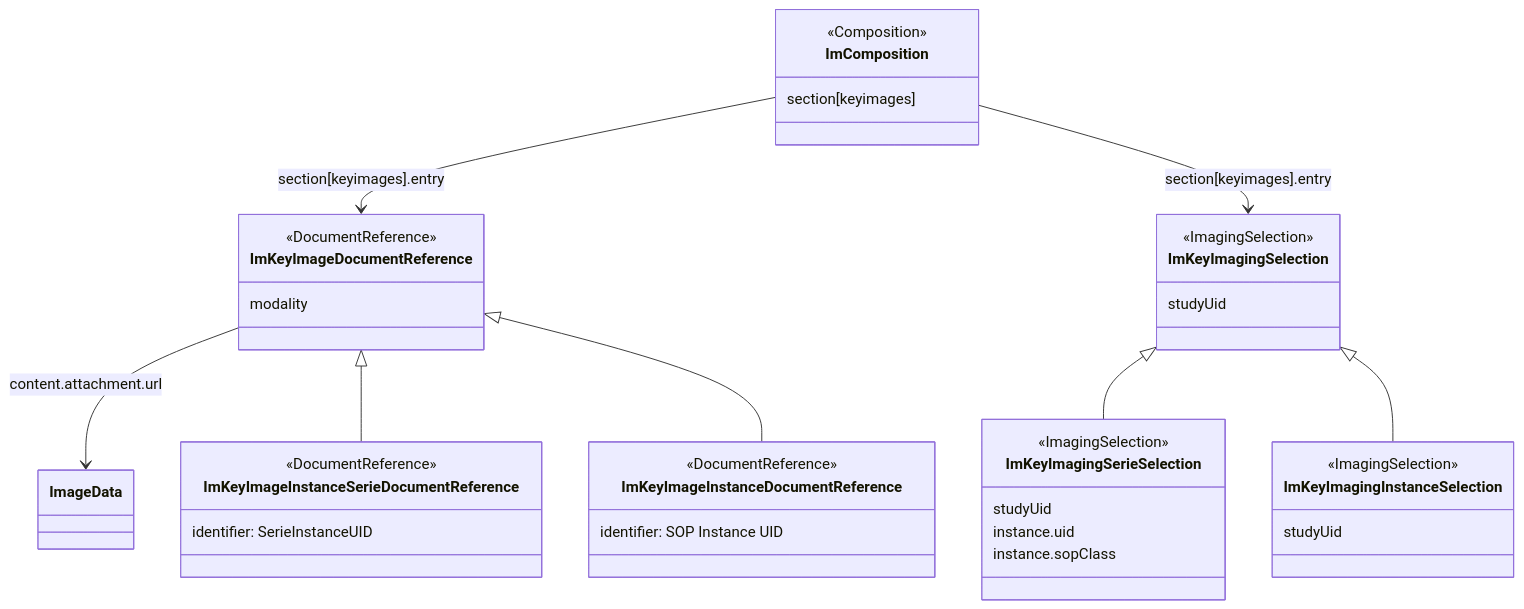
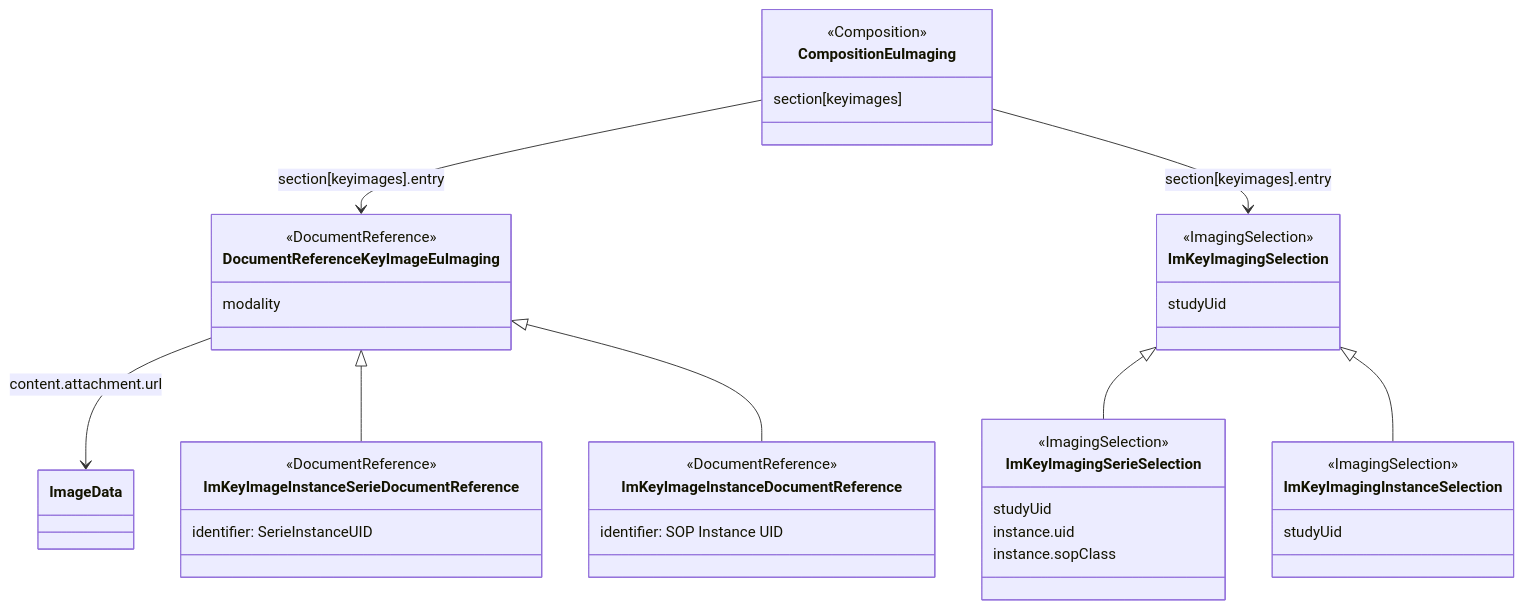
Before and after one commit to hl7-eu/imaging: the diagram in ig-src/input/pagecontent/design-consideration-keyimages.md, drawn with Mermaid. The commit also changed 142 other files, not shown here.

````diff
--- a/ig-src/input/pagecontent/design-consideration-keyimages.md
+++ b/ig-src/input/pagecontent/design-consideration-keyimages.md
@@ -30,43 +30,43 @@
 ```mermaid
 classDiagram
     direction TD
     class ImKeyImagingSelection{ 
         <<ImagingSelection>>
         studyUid
     }
     class ImKeyImagingInstanceSelection{ 
         <<ImagingSelection>>
         studyUid
     }
     class ImKeyImagingSerieSelection{ 
         <<ImagingSelection>>
         studyUid
         instance.uid
         instance.sopClass
     }
-    class ImKeyImageDocumentReference{ 
+    class DocumentReferenceKeyImageEuImaging{ 
         <<DocumentReference>> 
         modality
     }
     class ImKeyImageInstanceDocumentReference{ 
         <<DocumentReference>>
         identifier: SOP Instance UID
     }
     class ImKeyImageInstanceSerieDocumentReference{ 
         <<DocumentReference>>
         identifier: SerieInstanceUID
     }
-    class ImComposition{ 
+    class CompositionEuImaging{ 
         <<Composition>>
         section[keyimages]
     }
-    ImComposition --> ImKeyImageDocumentReference: section[keyimages].entry
-    ImComposition --> ImKeyImagingSelection: section[keyimages].entry
+    CompositionEuImaging --> DocumentReferenceKeyImageEuImaging: section[keyimages].entry
+    CompositionEuImaging --> ImKeyImagingSelection: section[keyimages].entry
 
-    ImKeyImageDocumentReference --> ImageData: content.attachment.url
-    ImKeyImageDocumentReference <|-- ImKeyImageInstanceSerieDocumentReference
-    ImKeyImageDocumentReference <|-- ImKeyImageInstanceDocumentReference
+    DocumentReferenceKeyImageEuImaging --> ImageData: content.attachment.url
+    DocumentReferenceKeyImageEuImaging <|-- ImKeyImageInstanceSerieDocumentReference
+    DocumentReferenceKeyImageEuImaging <|-- ImKeyImageInstanceDocumentReference
     ImKeyImagingSelection <|-- ImKeyImagingSerieSelection
     ImKeyImagingSelection <|-- ImKeyImagingInstanceSelection
     
 ```
````
